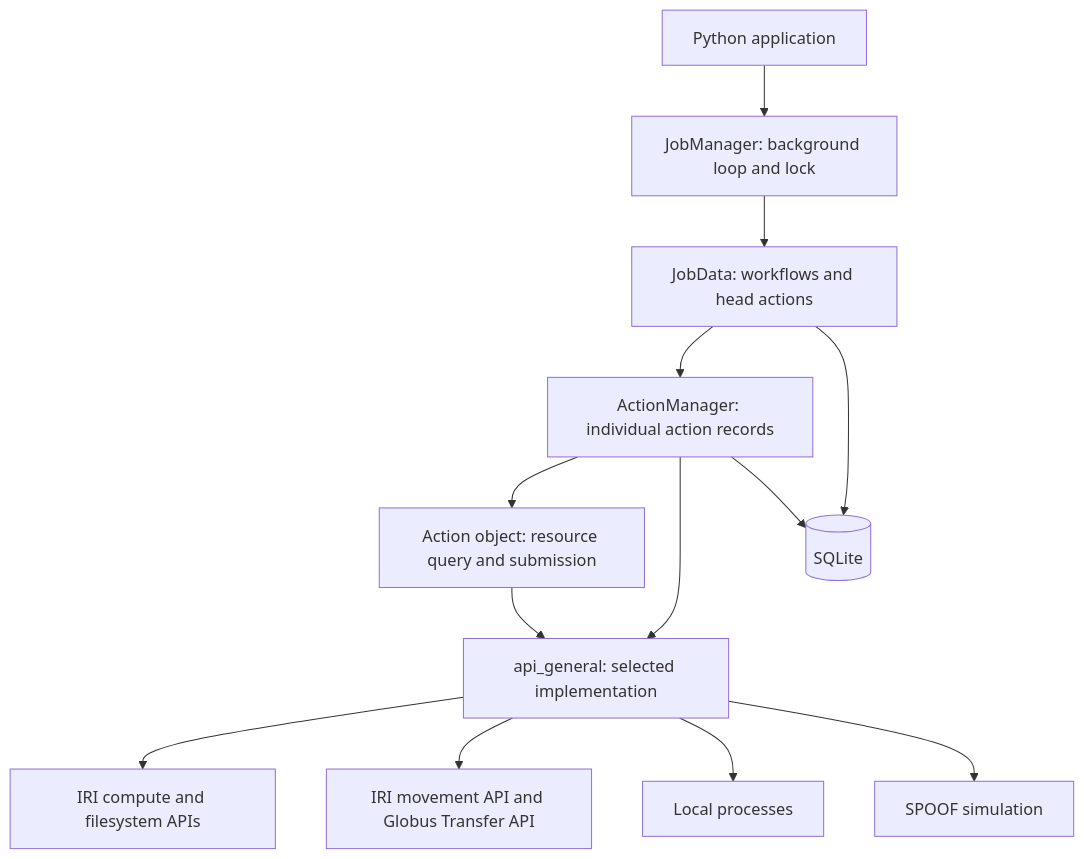
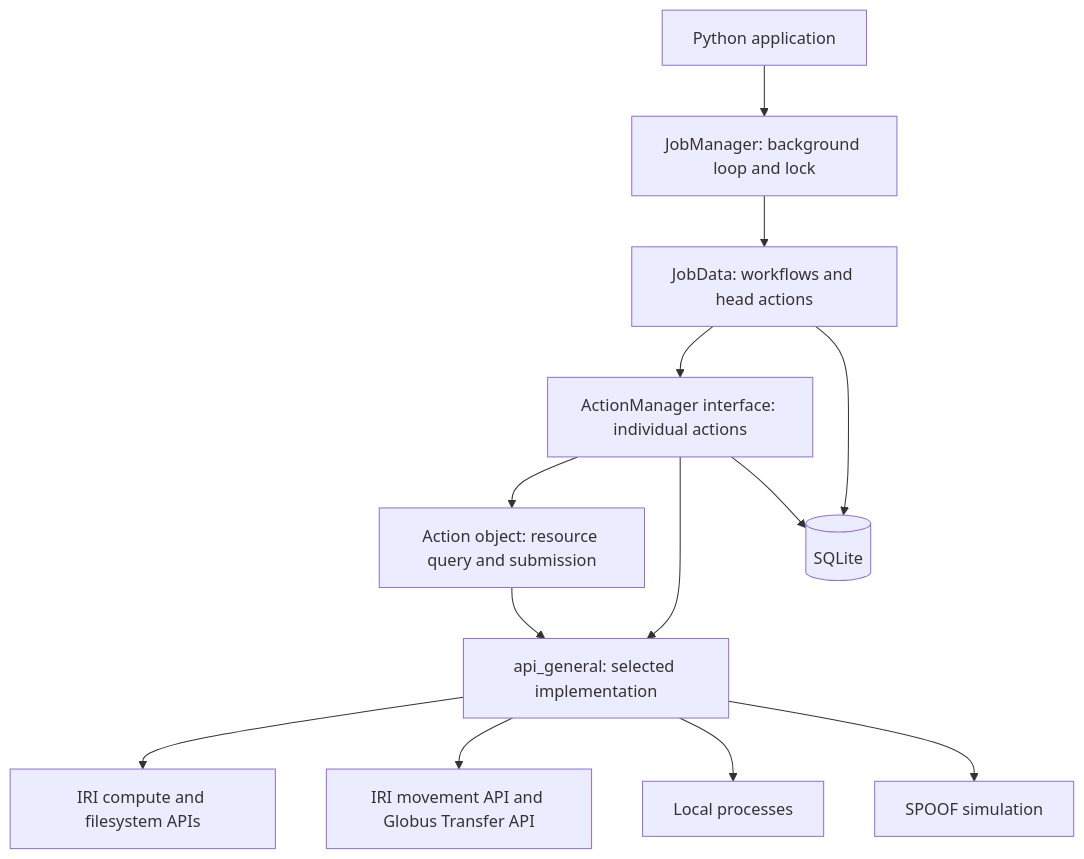
One commit to giltirn/AmSCjobManager changed the diagram in docs/architecture.md. Above: the diagram before and after it, drawn with Mermaid. The commit also changed other lines of this file and 10 other files, not shown here.

First line of the commit message:
Extract AsyncActionManager behind an abstract ActionManager interface

````diff
--- a/docs/architecture.md
+++ b/docs/architecture.md
@@ -21,15 +21,15 @@
 ```mermaid
 flowchart TD
     User[Python application] --> Manager[JobManager: background loop and lock]
     Manager --> Jobs[JobData: workflows and head actions]
-    Jobs --> Actions[ActionManager: individual action records]
+    Jobs --> Actions[ActionManager interface: individual actions]
     Actions --> Action[Action object: resource query and submission]
     Action --> API[api_general: selected implementation]
     Actions --> API
     API --> IRI[IRI compute and filesystem APIs]
     API --> Globus[IRI movement API and Globus Transfer API]
     API --> Local[Local processes]
     API --> Spoof[SPOOF simulation]
     Jobs --> DB[(SQLite)]
     Actions --> DB
 ```
````
